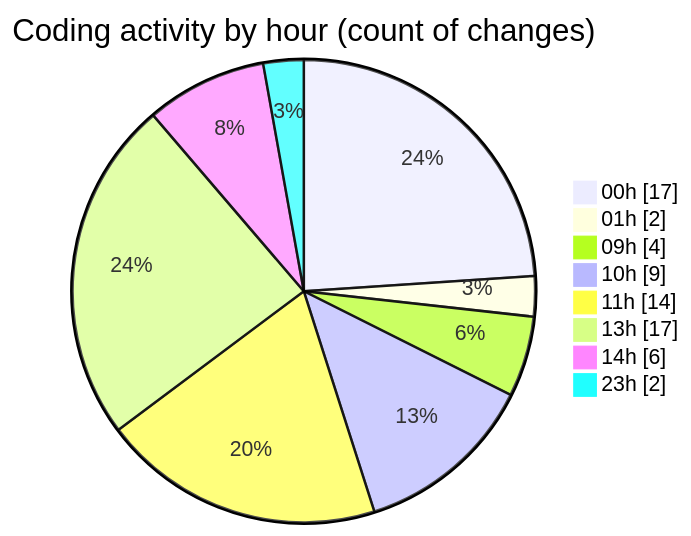
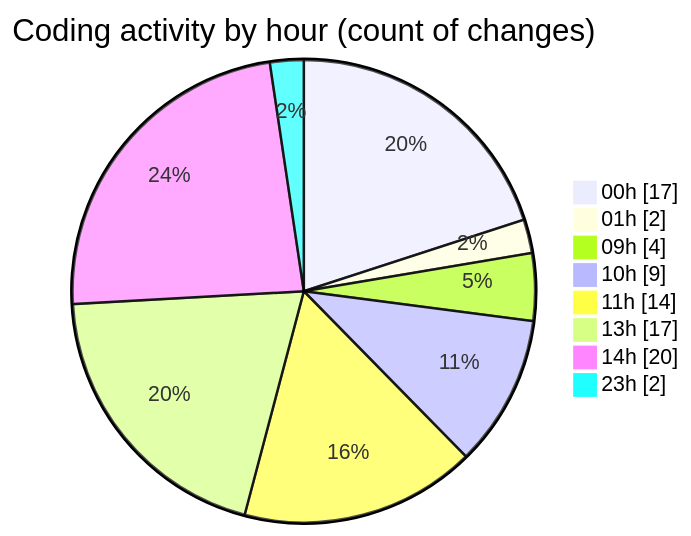
One commit to julien-gomy/code-tracking changed the second of 2 diagrams in 2025-10-29/eventscop-frontend-guide__workspace_/README.md. Above: the diagram before and after it, drawn with Mermaid. The commit also changed other lines of this file and 1 other file, not shown here.

````diff
--- a/2025-10-29/eventscop-frontend-guide__workspace_/README.md
+++ b/2025-10-29/eventscop-frontend-guide__workspace_/README.md
@@ -46,12 +56,12 @@
 ```mermaid
 pie showData
 title Coding activity by hour (count of changes)
 "00h" : 17
 "01h" : 2
 "09h" : 4
 "10h" : 9
 "11h" : 14
 "13h" : 17
-"14h" : 6
+"14h" : 20
 "23h" : 2
 ```
````
